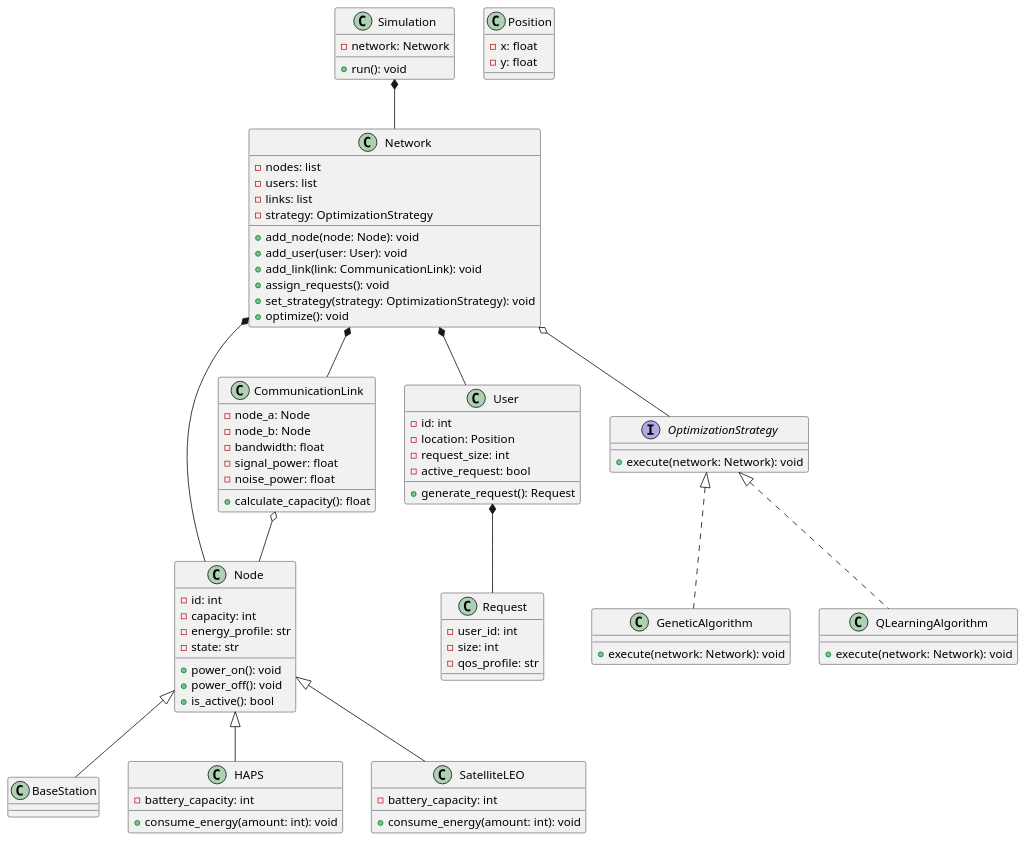
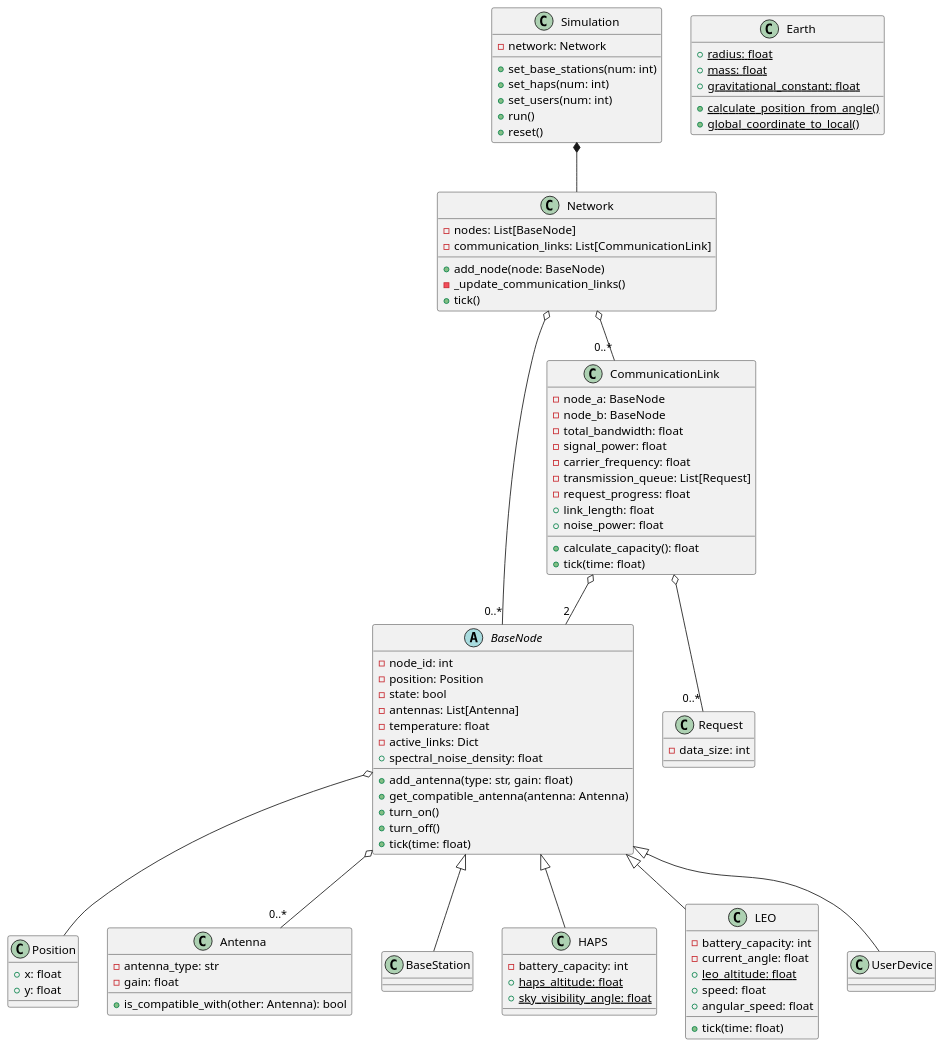
Before and after one commit to SimonR99/OptimisationNTN: the diagram in doc/class_diagram.puml, drawn with PlantUML.

Commit message:
update class diagram

```diff
--- a/doc/class_diagram.puml
+++ b/doc/class_diagram.puml
@@ -1,102 +1,115 @@
 @startuml
 
-class Node {
-  - id: int
-  - capacity: int
-  - energy_profile: str
-  - state: str
-  + power_on(): void
-  + power_off(): void
-  + is_active(): bool
+' Base classes and interfaces
+abstract class BaseNode {
+  - node_id: int
+  - position: Position
+  - state: bool
+  - antennas: List[Antenna]
+  - temperature: float
+  - active_links: Dict
+  + add_antenna(type: str, gain: float)
+  + get_compatible_antenna(antenna: Antenna)
+  + spectral_noise_density: float
+  + turn_on()
+  + turn_off()
+  + tick(time: float)
 }
 
-class Simulation {
-  - network: Network
-  + run(): void
+class Position {
+  + x: float
+  + y: float
 }
 
+class Antenna {
+  - antenna_type: str
+  - gain: float
+  + is_compatible_with(other: Antenna): bool
+}
+
+' Network nodes
 class BaseStation {
 }
 
 class HAPS {
   - battery_capacity: int
-  + consume_energy(amount: int): void
+  + {static} haps_altitude: float
+  + {static} sky_visibility_angle: float
 }
 
-class SatelliteLEO {
+class LEO {
   - battery_capacity: int
-  + consume_energy(amount: int): void
+  - current_angle: float
+  + {static} leo_altitude: float
+  + speed: float
+  + angular_speed: float
+  + tick(time: float)
 }
 
-class Position {
-  - x: float
-  - y: float
+class UserDevice {
+}
+
+' Network and Communication
+class Network {
+  - nodes: List[BaseNode]
+  - communication_links: List[CommunicationLink]
+  + add_node(node: BaseNode)
+  - _update_communication_links()
+  + tick()
+}
+
+class CommunicationLink {
+  - node_a: BaseNode
+  - node_b: BaseNode
+  - total_bandwidth: float
+  - signal_power: float
+  - carrier_frequency: float
+  - transmission_queue: List[Request]
+  - request_progress: float
+  + link_length: float
+  + noise_power: float
+  + calculate_capacity(): float
+  + tick(time: float)
 }
 
 class Request {
-  - user_id: int
-  - size: int
-  - qos_profile: str
+  - data_size: int
 }
 
-class User {
-  - id: int
-  - location: Position
-  - request_size: int
-  - active_request: bool
-  + generate_request(): Request
+' Simulation
+class Simulation {
+  - network: Network
+  + set_base_stations(num: int)
+  + set_haps(num: int)
+  + set_users(num: int)
+  + run()
+  + reset()
 }
 
-class CommunicationLink {
-  - node_a: Node
-  - node_b: Node
-  - bandwidth: float
-  - signal_power: float
-  - noise_power: float
-  + calculate_capacity(): float
+' Earth utilities
+class Earth {
+  + {static} radius: float
+  + {static} mass: float
+  + {static} gravitational_constant: float
+  + {static} calculate_position_from_angle()
+  + {static} global_coordinate_to_local()
 }
 
-class Network {
-  - nodes: list
-  - users: list
-  - links: list
-  - strategy: OptimizationStrategy
-  + add_node(node: Node): void
-  + add_user(user: User): void
-  + add_link(link: CommunicationLink): void
-  + assign_requests(): void
-  + set_strategy(strategy: OptimizationStrategy): void
-  + optimize(): void
-}
+' Relationships
+BaseNode <|-- BaseStation
+BaseNode <|-- HAPS
+BaseNode <|-- LEO
+BaseNode <|-- UserDevice
 
-interface OptimizationStrategy {
-  + execute(network: Network): void
-}
+BaseNode o-- Position
+BaseNode o-- "0..*" Antenna
 
-class GeneticAlgorithm {
-  + execute(network: Network): void
-}
+Network o-- "0..*" BaseNode
+Network o-- "0..*" CommunicationLink
 
-class QLearningAlgorithm {
-  + execute(network: Network): void
-}
-
-Node <|-- BaseStation
-Node <|-- HAPS
-Node <|-- SatelliteLEO
-
-User *-- Request
+CommunicationLink o-- "2" BaseNode
+CommunicationLink o-- "0..*" Request
 
 Simulation *-- Network
 
-Network *-- Node
-Network *-- User
-Network *-- CommunicationLink
-Network o-- OptimizationStrategy
-
-OptimizationStrategy <|.. GeneticAlgorithm
-OptimizationStrategy <|.. QLearningAlgorithm
-
-CommunicationLink o-- Node
-
 @enduml
```
